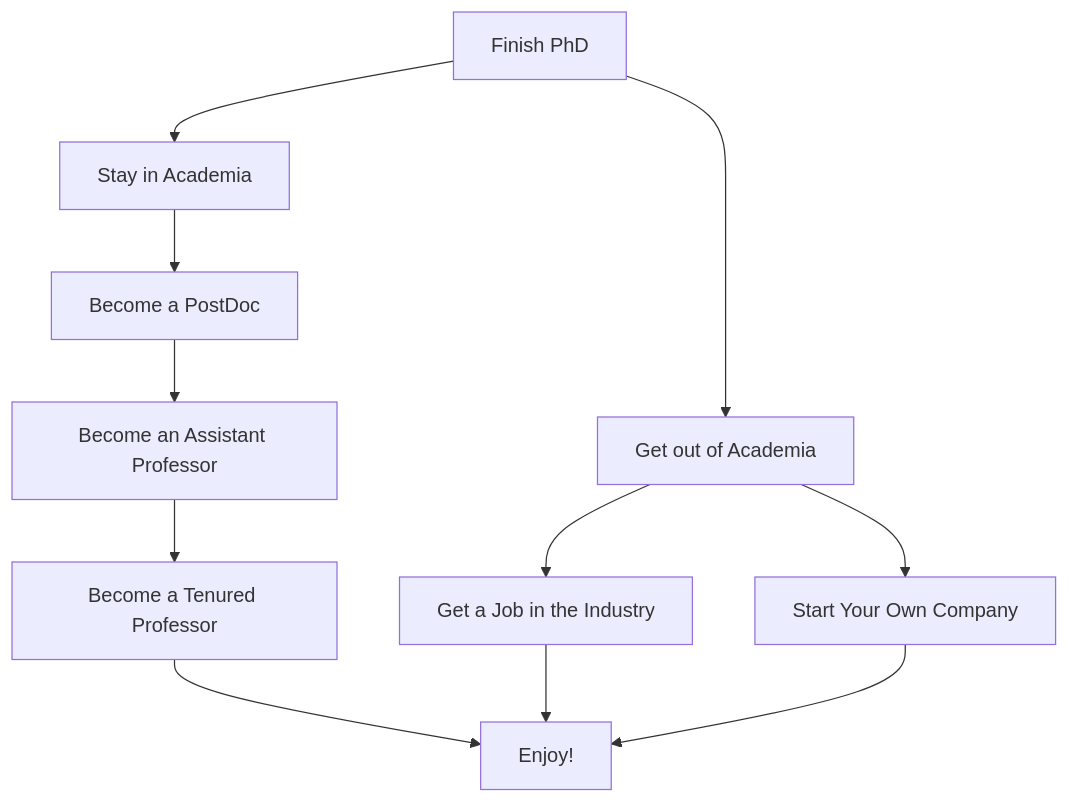
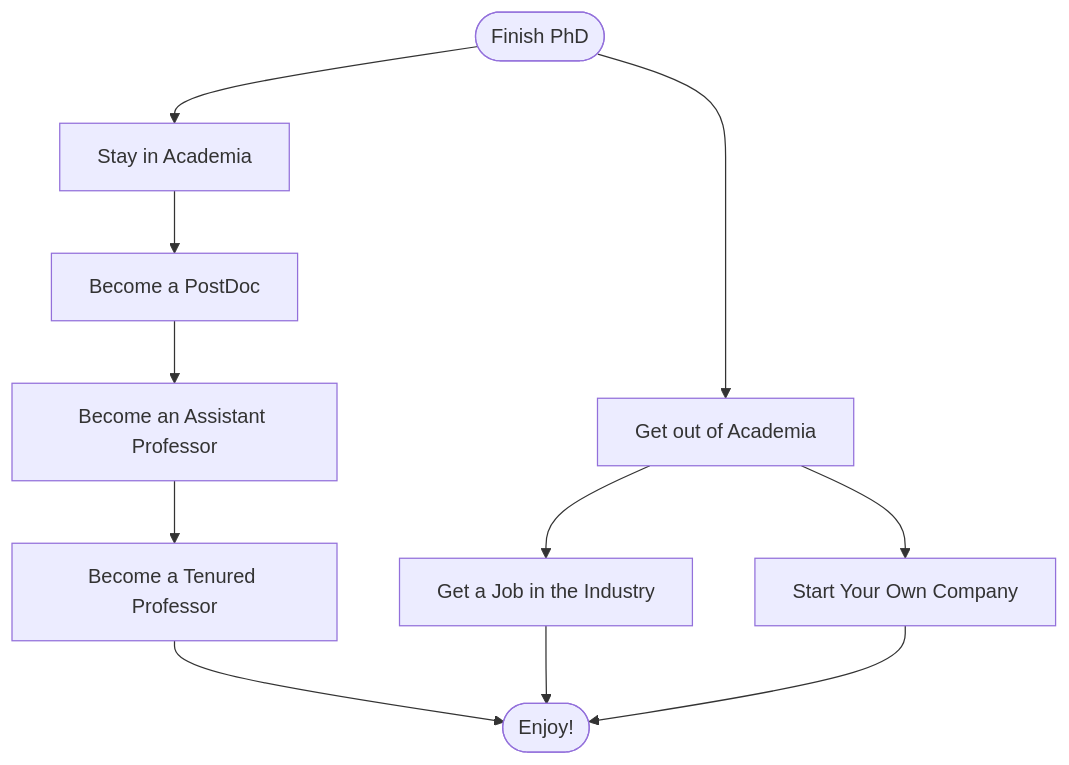
Before and after one commit to cesarsotovalero/cesarsotovalero.github.io: the diagram in _posts/2022/2022-02-22-how-phd-profiles-are-evaluated.md, drawn with Mermaid. The commit also changed 18 other files, not shown here.

```diff
--- a/_posts/2022/2022-02-22-how-phd-profiles-are-evaluated.md
+++ b/_posts/2022/2022-02-22-how-phd-profiles-are-evaluated.md
@@ -47,13 +47,13 @@
 {% mermaid %}
 flowchart TB;
-a[Finish PhD] --> b[Stay in Academia];
-a[Finish PhD] --> c[Get out of Academia];
+a([Finish PhD]) --> b[Stay in Academia];
+a([Finish PhD]) --> c[Get out of Academia];
 c[Get out of Academia] --> j[Get a Job in the Industry];
 c[Get out of Academia] --> z[Start Your Own Company];
 b[Stay in Academia] --> d[Become a PostDoc];
 d[Become a PostDoc] --> e[Become an Assistant Professor];
 e[Become an Assistant Professor] --> f[Become a Tenured Professor];
-f[Become a Tenured Professor] --> k[Enjoy!];
-j[Get a Job in the Industry] --> k[Enjoy!];
-z[Start Your Own Company] --> k[Enjoy!];
+f[Become a Tenured Professor] --> k([Enjoy!]);
+j[Get a Job in the Industry] --> k([Enjoy!]);
+z[Start Your Own Company] --> k([Enjoy!]);
 {% endmermaid %}
```
